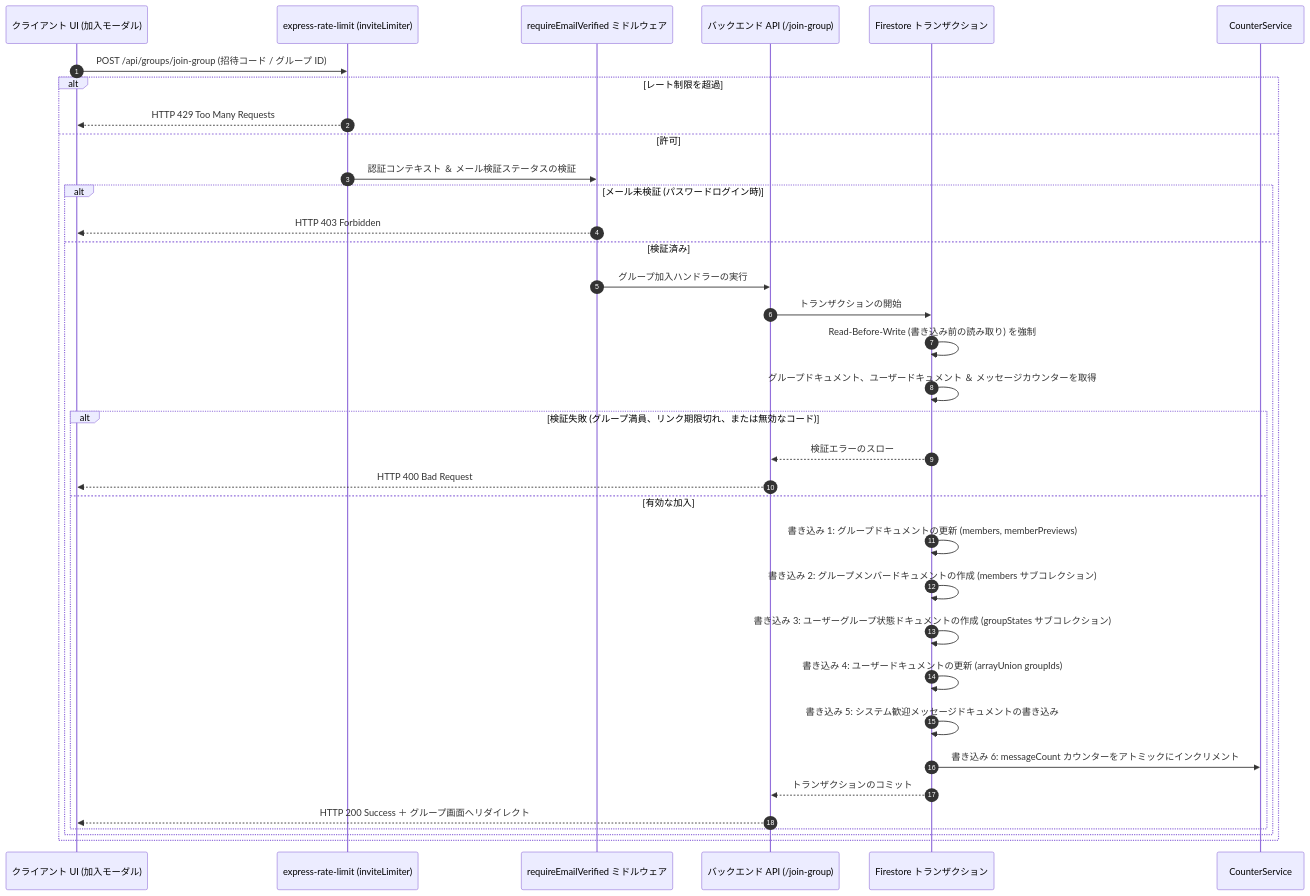
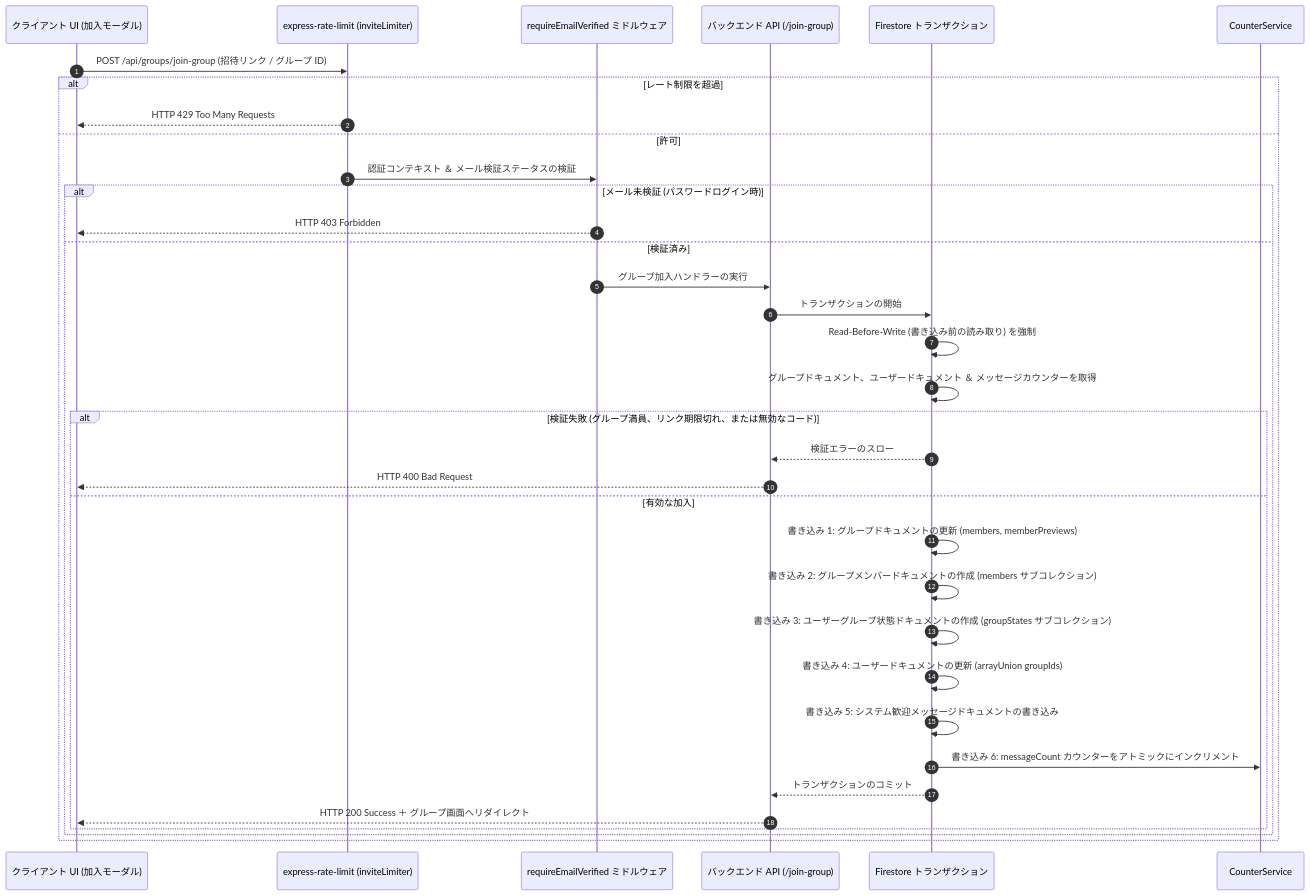
The diagram in docs/ja/group-invites.md (ScriptureHabit/scripture-habit), drawn with Mermaid before and after one commit. The commit also changed other lines of this file and 22 other files, not shown here.

````diff
--- a/docs/ja/group-invites.md
+++ b/docs/ja/group-invites.md
@@ -11,39 +11,39 @@
 ```mermaid
 sequenceDiagram
     autonumber
     participant UI as クライアント UI (加入モーダル)
     participant Rate as express-rate-limit (inviteLimiter)
     participant Auth as requireEmailVerified ミドルウェア
     participant API as バックエンド API (/join-group)
     participant DB as Firestore トランザクション
     participant Counter as CounterService
 
-    UI->>Rate: POST /api/groups/join-group (招待コード / グループ ID)
+    UI->>Rate: POST /api/groups/join-group (招待リンク / グループ ID)
     alt レート制限を超過
         Rate-->>UI: HTTP 429 Too Many Requests
     else 許可
         Rate->>Auth: 認証コンテキスト ＆ メール検証ステータスの検証
         alt メール未検証 (パスワードログイン時)
             Auth-->>UI: HTTP 403 Forbidden
         else 検証済み
             Auth->>API: グループ加入ハンドラーの実行
             API->>DB: トランザクションの開始
             DB->>DB: Read-Before-Write (書き込み前の読み取り) を強制
             DB->>DB: グループドキュメント、ユーザードキュメント ＆ メッセージカウンターを取得
             
             alt 検証失敗 (グループ満員、リンク期限切れ、または無効なコード)
                 DB-->>API: 検証エラーのスロー
                 API-->>UI: HTTP 400 Bad Request
             else 有効な加入
                 DB->>DB: 書き込み 1: グループドキュメントの更新 (members, memberPreviews)
                 DB->>DB: 書き込み 2: グループメンバードキュメントの作成 (members サブコレクション)
                 DB->>DB: 書き込み 3: ユーザーグループ状態ドキュメントの作成 (groupStates サブコレクション)
                 DB->>DB: 書き込み 4: ユーザードキュメントの更新 (arrayUnion groupIds)
                 DB->>DB: 書き込み 5: システム歓迎メッセージドキュメントの書き込み
                 DB->>Counter: 書き込み 6: messageCount カウンターをアトミックにインクリメント
                 DB-->>API: トランザクションのコミット
                 API-->>UI: HTTP 200 Success ＋ グループ画面へリダイレクト
             end
         end
     end
 ```
````
